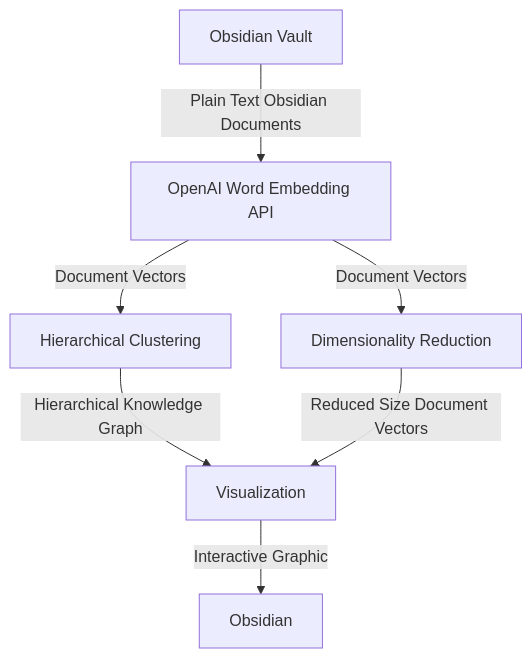
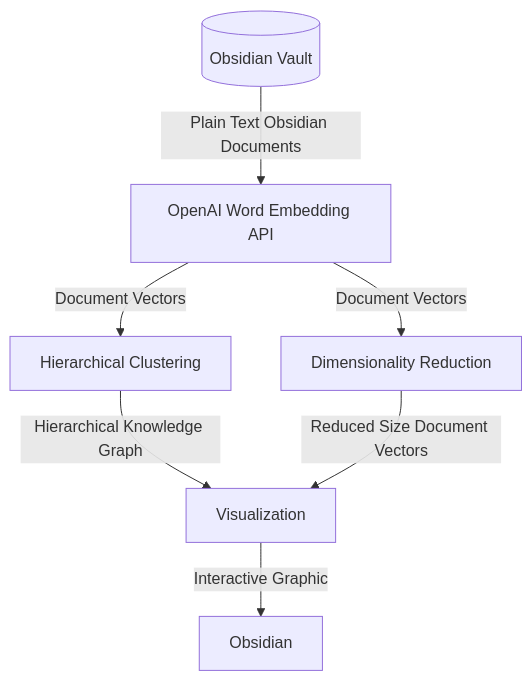
The diagram in Garden/System Pipeline.md (aidanbx/GraphGurusVault), drawn with Mermaid before and after one commit. The commit also changed other lines of this file, not shown here.

Commit message:
Aidan vault backup: 2023-02-07 12:52:35

````diff
--- a/Garden/System Pipeline.md
+++ b/Garden/System Pipeline.md
@@ -1,17 +1,17 @@
 ```mermaid
 graph TD
 
-A[Obsidian Vault]
+A[(Obsidian Vault)]
 C[OpenAI Word Embedding API]
 E[Hierarchical Clustering]
 F[Dimensionality Reduction]
 G[Visualization]
 H[Obsidian]
 
 A -->|Plain Text Obsidian Documents| C
 C -->|Document Vectors| E
 C -->|Document Vectors| F
 E -->|Hierarchical Knowledge Graph| G
 F -->|Reduced Size Document Vectors| G
 G -->|Interactive Graphic| H
 ```
````
